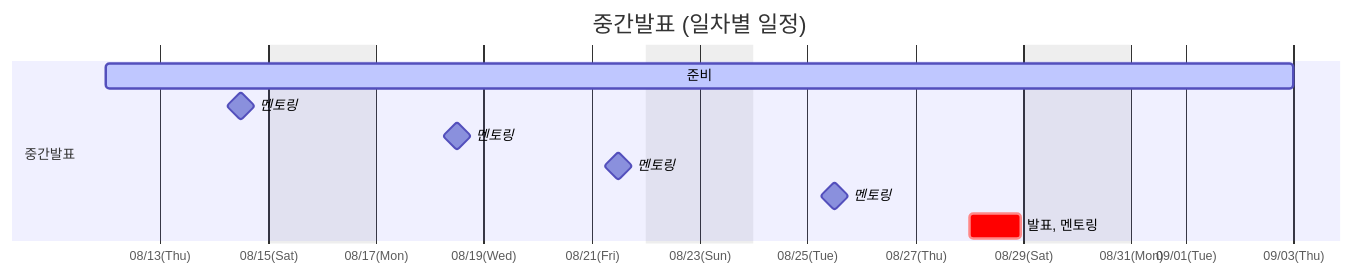
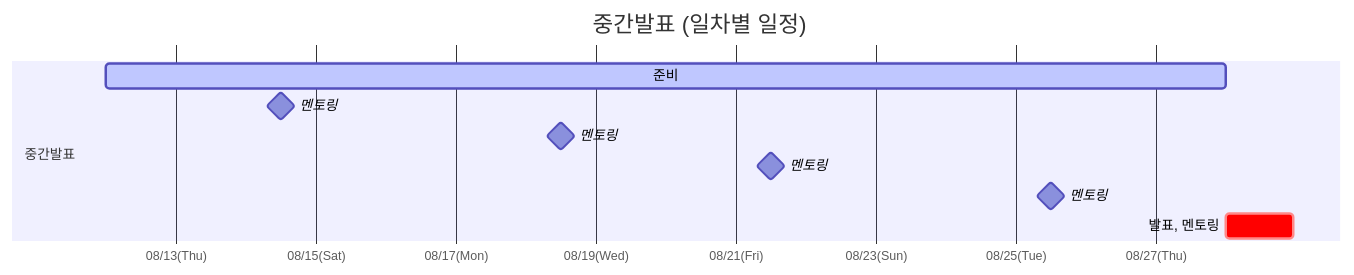
One commit to SAJOYO/.github changed the third of 4 diagrams in profile/README.md. Above: the diagram before and after it, drawn with Mermaid.

````diff
--- a/profile/README.md
+++ b/profile/README.md
@@ -53,19 +53,18 @@
 ```mermaid
 gantt
     title 중간발표 (일차별 일정)
     dateFormat  YYYY-MM-DD HH:mm
 
     %% 반나절 단위는 dateFormat에 시간을 넣어 표현합니다 (전반부 00:00~12:00 / 후반부 12:00~24:00)
     axisFormat %m/%d(%a)
     tickInterval 2day
-    excludes weekends
-    
+
     section 중간발표
     준비                    : active, a1, 2026-08-12 00:00, 2026-08-28 00:00
     멘토링                 : milestone, m1, 2026-08-14 12:00, 0d
     멘토링                 : milestone, m2, 2026-08-18 12:00, 0d
     멘토링                 : milestone, m3, 2026-08-21 12:00, 0d
     멘토링                 : milestone, m4, 2026-08-25 12:00, 0d
     발표, 멘토링             : crit, a2, 2026-08-28 00:00, 2026-08-28 23:00
 
 ```
````
